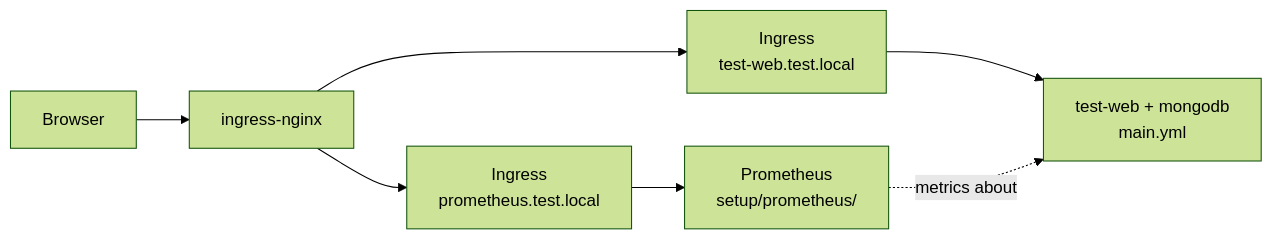
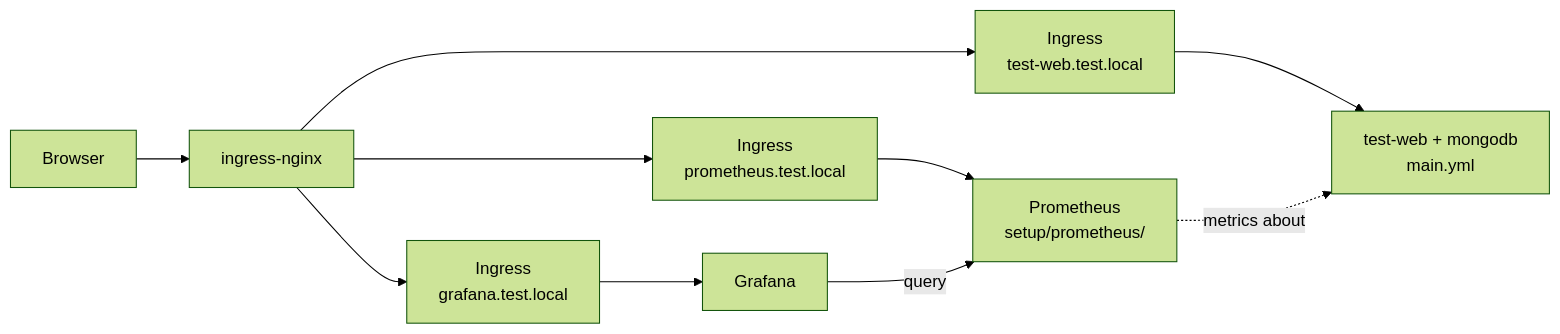
The diagram in lab4/README.md (youssefshibl/k8s-labs), drawn with Mermaid (forest theme) before and after one commit. The commit also changed other lines of this file and 8 other files, not shown here.

````diff
--- a/lab4/README.md
+++ b/lab4/README.md
@@ -31,14 +31,18 @@
 ```mermaid
 flowchart LR
   Browser["Browser"]
   IC["ingress-nginx"]
   WebIng["Ingress<br/>test-web.test.local"]
   PromIng["Ingress<br/>prometheus.test.local"]
+  GrafIng["Ingress<br/>grafana.test.local"]
   Web["test-web + mongodb<br/>main.yml"]
   Prom["Prometheus<br/>setup/prometheus/"]
+  Graf["Grafana"]
 
   Browser --> IC
   IC --> WebIng --> Web
   IC --> PromIng --> Prom
+  IC --> GrafIng --> Graf
+  Graf -->|query| Prom
   Prom -.->|metrics about| Web
 ```
````
